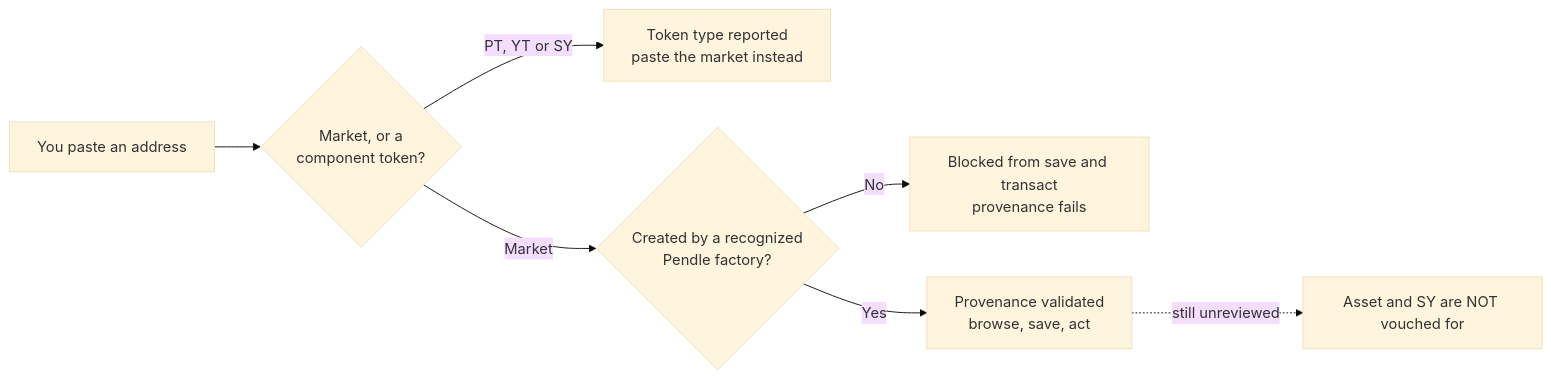
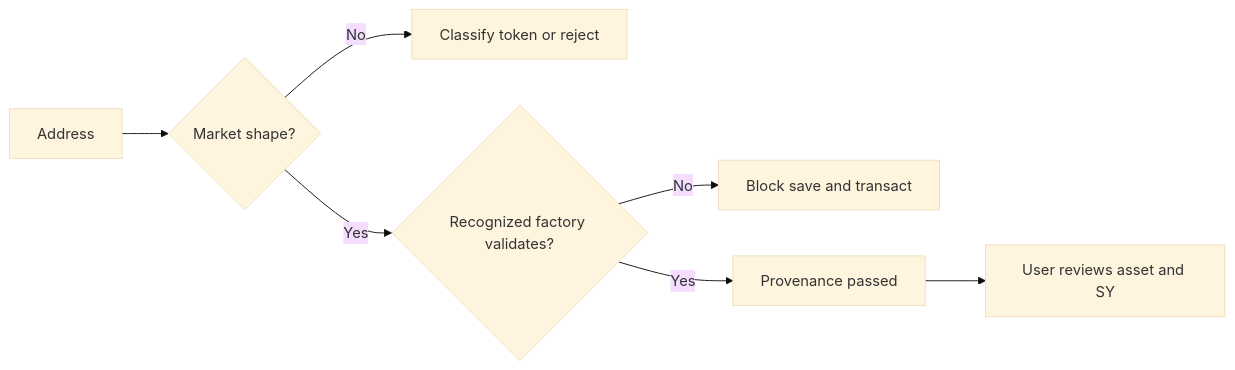
One commit to ggmatch-mod/open-pendle changed the second of 2 diagrams in docs-site/concepts/pool-anatomy.md. Above: the diagram before and after it, drawn with Mermaid (base theme). The commit also changed other lines of this file and 74 other files, not shown here.

````diff
--- a/docs-site/concepts/pool-anatomy.md
+++ b/docs-site/concepts/pool-anatomy.md
@@ -83,9 +61,9 @@
 ```mermaid
 flowchart LR
-  A[You paste an address] --> B{Market, or a<br/>component token?}
-  B -->|PT, YT or SY| R[Token type reported<br/>paste the market instead]
-  B -->|Market| C{Created by a recognized<br/>Pendle factory?}
-  C -->|No| D[Blocked from save and transact<br/>provenance fails]
-  C -->|Yes| E[Provenance validated<br/>browse, save, act]
-  E -.->|still unreviewed| W[Asset and SY are NOT vouched for]
+  A[Address] --> T{Market shape?}
+  T -->|No| X[Classify token or reject]
+  T -->|Yes| F{Recognized factory validates?}
+  F -->|No| B[Block save and transact]
+  F -->|Yes| P[Provenance passed]
+  P --> R[User reviews asset and SY]
 ```
````
